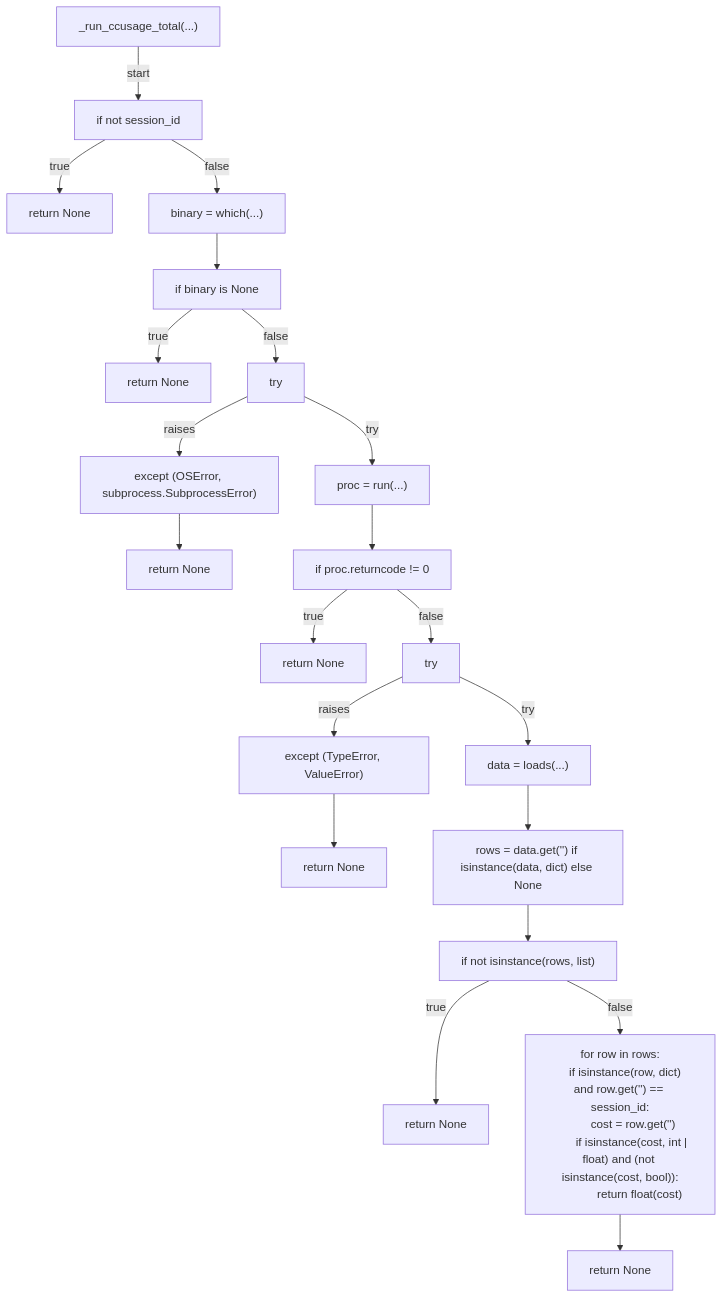
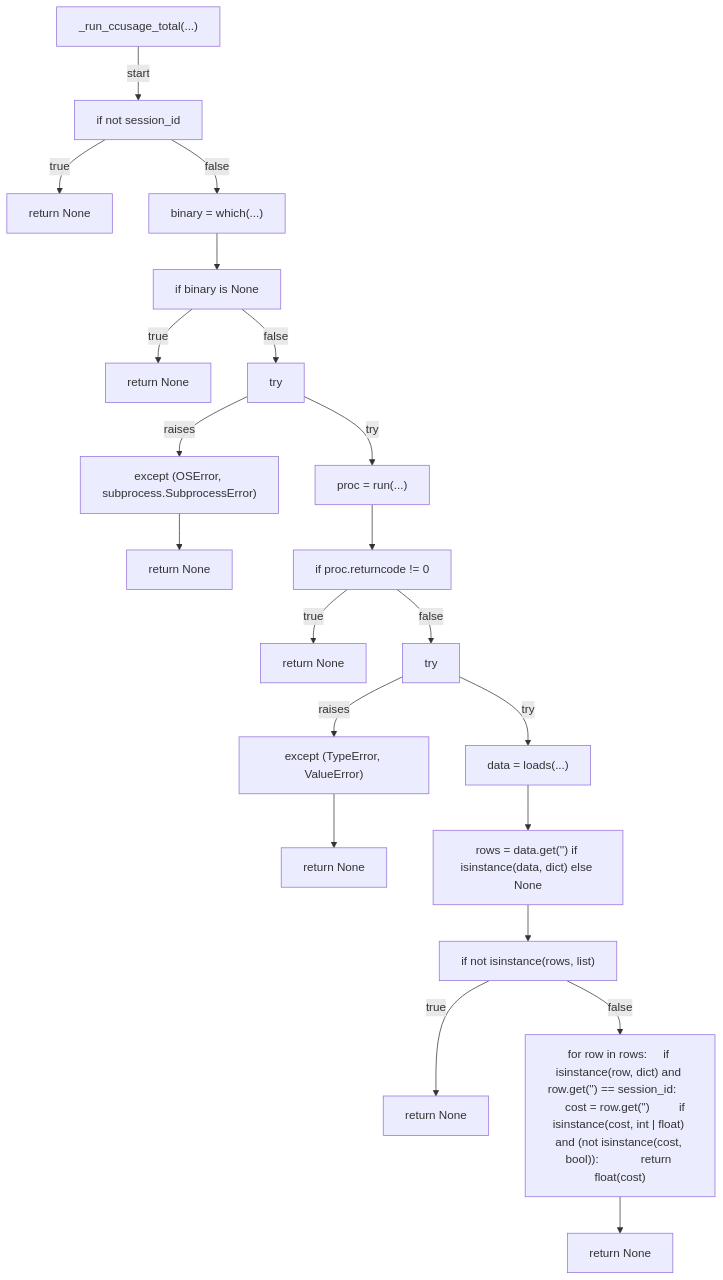
Before and after one commit to tvna/claude-md: the eighth of 13 diagrams in docs/generated/scripts/ast/session_cost_structure.md, drawn with Mermaid. The commit also changed other lines of this file and 23 other files, not shown here.

First line of the commit message:
docs(generated): regenerate decision tree and workflow diagrams (batch 4/5)

````diff
--- a/docs/generated/scripts/ast/session_cost_structure.md
+++ b/docs/generated/scripts/ast/session_cost_structure.md
@@ -155,48 +136,44 @@
 ```mermaid
 flowchart TD
     N001["_run_ccusage_total(...)"]
     N002["if not session_id"]
     N003["return None"]
     N004["binary = which(...)"]
     N005["if binary is None"]
     N006["return None"]
     N007["try"]
     N008["proc = run(...)"]
     N009["except (OSError, subprocess.SubprocessError)"]
     N010["return None"]
     N011["if proc.returncode != 0"]
     N012["return None"]
     N013["try"]
     N014["data = loads(...)"]
     N015["except (TypeError, ValueError)"]
     N016["return None"]
     N017["rows = data.get('<str>') if isinstance(data, dict) else None"]
     N018["if not isinstance(rows, list)"]
     N019["return None"]
-    N020["for row in rows:
-    if isinstance(row, dict) and row.get('<str>') == session_id:
-        cost = row.get('<str>')
-        if isinstance(cost, int | float) and (not isinstance(cost, bool)):
-            return float(cost)"]
+    N020["for row in rows:     if isinstance(row, dict) and row.get('<str>') == session_id:         cost = row.get('<str>')         if isinstance(cost, int | float) and (not isinstance(cost, bool)):             return float(cost)"]
     N021["return None"]
     N001 -->|"start"| N002
     N002 -->|"true"| N003
     N002 -->|"false"| N004
     N004 --> N005
     N005 -->|"true"| N006
     N005 -->|"false"| N007
     N007 -->|"try"| N008
     N007 -->|"raises"| N009
     N009 --> N010
     N008 --> N011
     N011 -->|"true"| N012
     N011 -->|"false"| N013
     N013 -->|"try"| N014
     N013 -->|"raises"| N015
     N015 --> N016
     N014 --> N017
     N017 --> N018
     N018 -->|"true"| N019
     N018 -->|"false"| N020
     N020 --> N021
 ```
````
